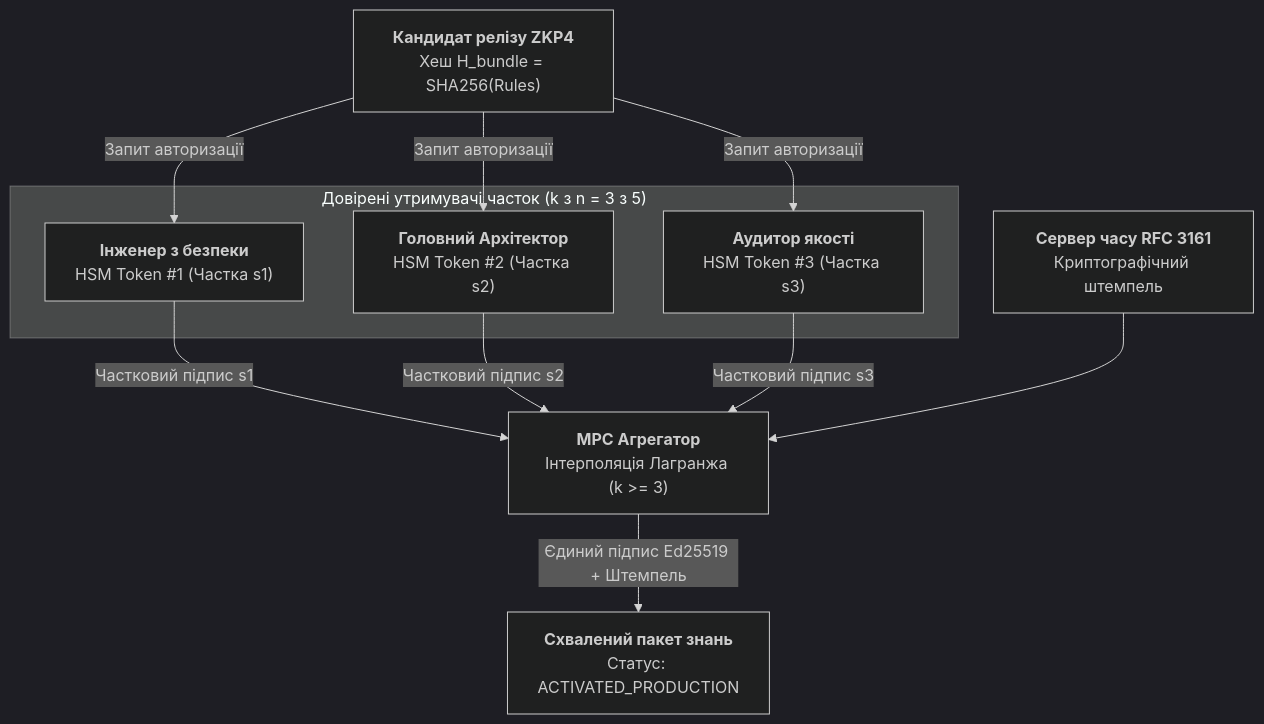
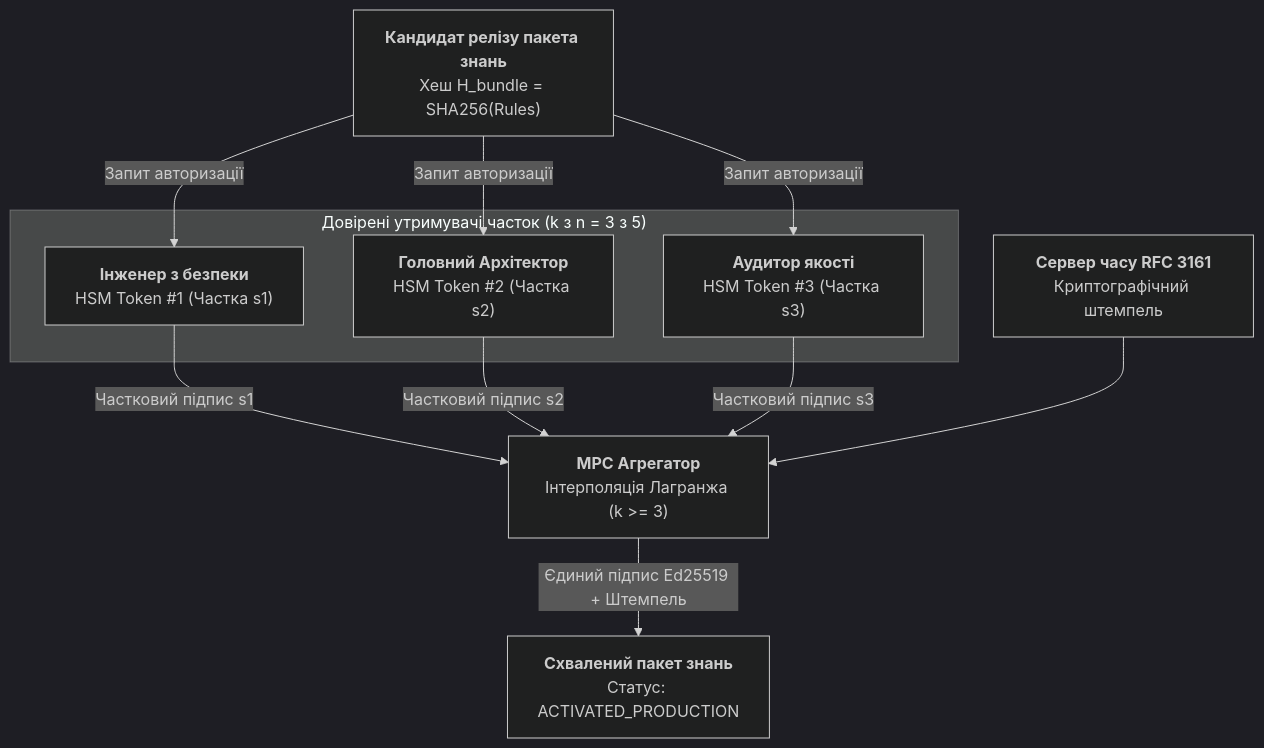
Before and after one commit to nick-fedchik/articles: the fifth of 5 diagrams in ExpertSystem/ch05-triad-of-trust-and-corporate-memory.md, drawn with Mermaid (dark theme). The commit also changed other lines of this file and 11 other files, not shown here.

````diff
--- a/ExpertSystem/ch05-triad-of-trust-and-corporate-memory.md
+++ b/ExpertSystem/ch05-triad-of-trust-and-corporate-memory.md
@@ -503,25 +503,25 @@
 ```mermaid
 flowchart TD
     accTitle: Порогова авторизація та консорціумний підпис оновлень бази знань
     accDescr: Схема k-of-n порогового консорціумного підпису з використанням апаратних HSM і протоколу Шаміра для активації оновлень бази знань.
 
     subgraph STAKEHOLDERS["Довірені утримувачі часток (k з n = 3 з 5)"]
         S1["<b>Інженер з безпеки</b><br/>HSM Token #1 (Частка s1)"]
         S2["<b>Головний Архітектор</b><br/>HSM Token #2 (Частка s2)"]
         S3["<b>Аудитор якості</b><br/>HSM Token #3 (Частка s3)"]
     end
 
-    BUNDLE["<b>Кандидат релізу ZKP4</b><br/>Хеш H_bundle = SHA256(Rules)"]
+    BUNDLE["<b>Кандидат релізу пакета знань</b><br/>Хеш H_bundle = SHA256(Rules)"]
 
     BUNDLE -->|Запит авторизації| S1
     BUNDLE -->|Запит авторизації| S2
     BUNDLE -->|Запит авторизації| S3
 
     S1 -->|Частковий підпис s1| COLLECTOR["<b>MPC Агрегатор</b><br/>Інтерполяція Лагранжа (k >= 3)"]
     S2 -->|Частковий підпис s2| COLLECTOR
     S3 -->|Частковий підпис s3| COLLECTOR
 
     TSA["<b>Сервер часу RFC 3161</b><br/>Криптографічний штемпель"] --> COLLECTOR
 
     COLLECTOR -->|Єдиний підпис Ed25519 + Штемпель| RELEASE["<b>Схвалений пакет знань</b><br/>Статус: ACTIVATED_PRODUCTION"]
 ```
````
